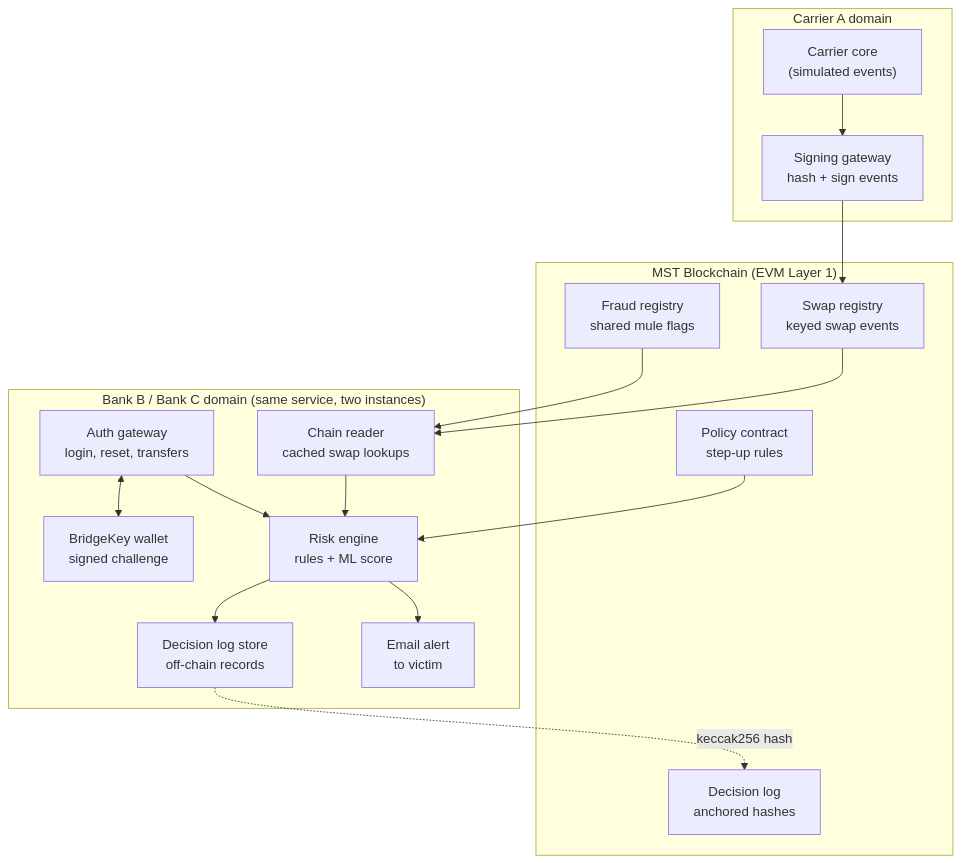
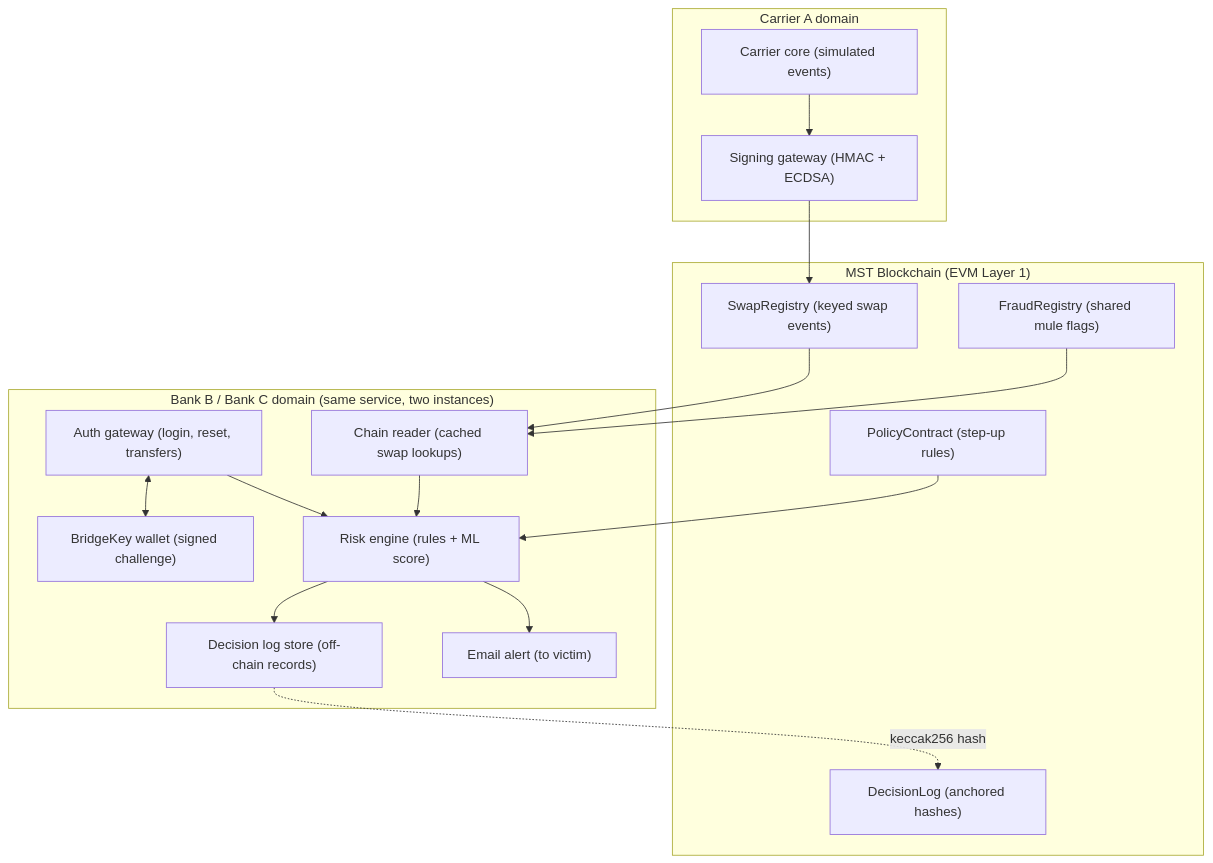
One commit to sksamya/blockshield changed the diagram in README.md. Above: the diagram before and after it, drawn with Mermaid. The commit also changed other lines of this file and 18 other files, not shown here.

````diff
--- a/README.md
+++ b/README.md
@@ -47,33 +9,33 @@
 ```mermaid
 flowchart TB
-  subgraph A["Carrier A domain"]
-    CC["Carrier core<br/>(simulated events)"] --> SG["Signing gateway<br/>hash + sign events"]
+  subgraph Carrier["Carrier A domain"]
+    CC["Carrier core (simulated events)"] --> SG["Signing gateway (HMAC + ECDSA)"]
   end
 
-  subgraph M["MST Blockchain (EVM Layer 1)"]
-    FR["Fraud registry<br/>shared mule flags"]
-    PC["Policy contract<br/>step-up rules"]
-    SR["Swap registry<br/>keyed swap events"]
-    DL["Decision log<br/>anchored hashes"]
+  subgraph MST["MST Blockchain (EVM Layer 1)"]
+    SR["SwapRegistry (keyed swap events)"]
+    FR["FraudRegistry (shared mule flags)"]
+    PC["PolicyContract (step-up rules)"]
+    DL["DecisionLog (anchored hashes)"]
   end
 
-  subgraph B["Bank B / Bank C domain (same service, two instances)"]
-    AG["Auth gateway<br/>login, reset, transfers"]
-    RE["Risk engine<br/>rules + ML score"]
-    CR["Chain reader<br/>cached swap lookups"]
-    BK["BridgeKey wallet<br/>signed challenge"]
-    EM["Email alert<br/>to victim"]
-    DLG["Decision log store<br/>off-chain records"]
+  subgraph Banks["Bank B / Bank C domain (same service, two instances)"]
+    AG["Auth gateway (login, reset, transfers)"]
+    RE["Risk engine (rules + ML score)"]
+    CR["Chain reader (cached swap lookups)"]
+    BK["BridgeKey wallet (signed challenge)"]
+    EM["Email alert (to victim)"]
+    DLG["Decision log store (off-chain records)"]
   end
 
   SG --> SR
   SR --> CR
   FR --> CR
   PC --> RE
   CR --> RE
   AG --> RE
   AG <--> BK
   RE --> EM
   RE --> DLG
   DLG -. "keccak256 hash" .-> DL
 ```
````
